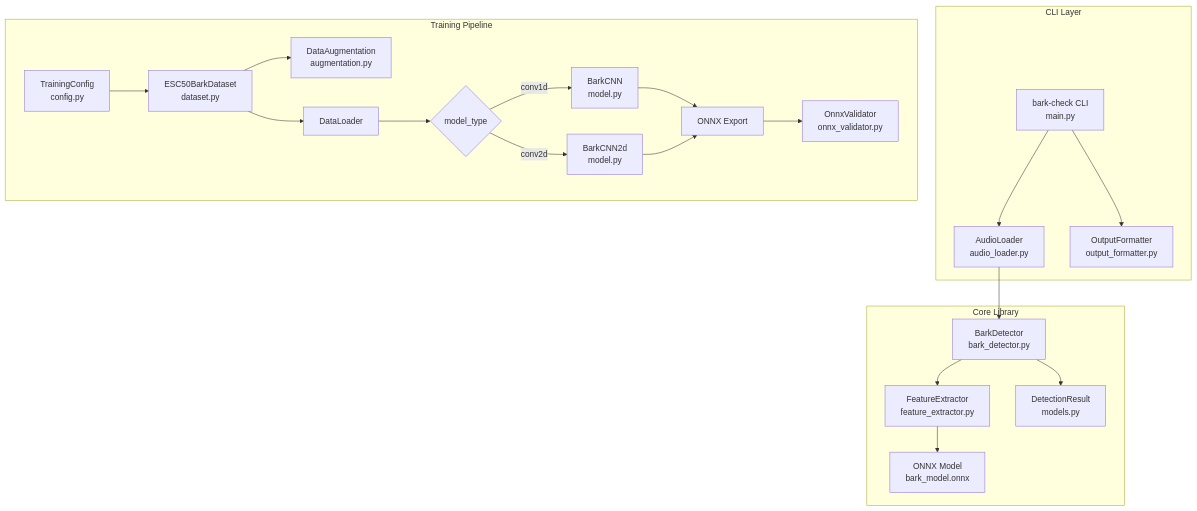
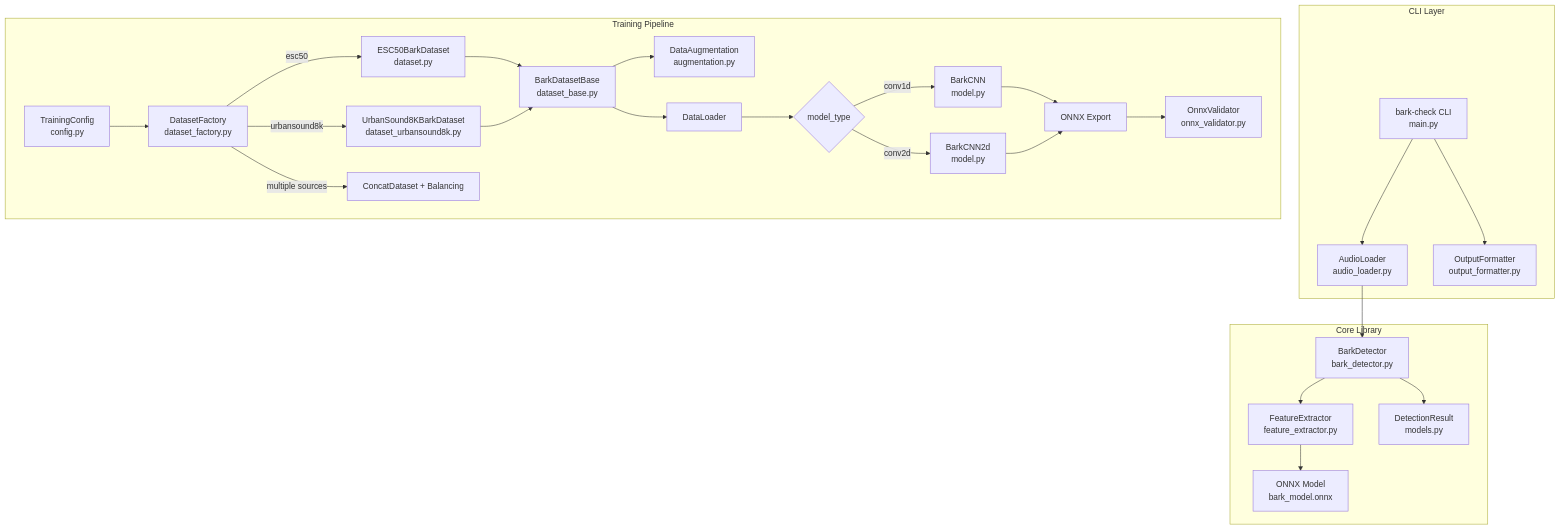
The first of 3 diagrams in .kiro/specs/bark-check/design.md (kazusanto/bark-check), drawn with Mermaid before and after one commit. The commit also changed other lines of this file and 7 other files, not shown here.

````diff
--- a/.kiro/specs/bark-check/design.md
+++ b/.kiro/specs/bark-check/design.md
@@ -26,26 +29,31 @@
 ```mermaid
 graph TD
     subgraph CLI Layer
         A[bark-check CLI<br/>main.py] --> B[AudioLoader<br/>audio_loader.py]
         A --> C[OutputFormatter<br/>output_formatter.py]
     end
 
     subgraph Core Library
         B --> D[BarkDetector<br/>bark_detector.py]
         D --> E[FeatureExtractor<br/>feature_extractor.py]
         E --> F[ONNX Model<br/>bark_model.onnx]
         D --> G[DetectionResult<br/>models.py]
     end
 
     subgraph Training Pipeline
-        H[TrainingConfig<br/>config.py] --> I[ESC50BarkDataset<br/>dataset.py]
-        I --> J[DataAugmentation<br/>augmentation.py]
-        I --> K[DataLoader]
+        H[TrainingConfig<br/>config.py] --> Factory[DatasetFactory<br/>dataset_factory.py]
+        Factory -->|"esc50"| I[ESC50BarkDataset<br/>dataset.py]
+        Factory -->|"urbansound8k"| US8K[UrbanSound8KBarkDataset<br/>dataset_urbansound8k.py]
+        I --> Base[BarkDatasetBase<br/>dataset_base.py]
+        US8K --> Base
+        Base --> J[DataAugmentation<br/>augmentation.py]
+        Factory -->|multiple sources| Concat[ConcatDataset + Balancing]
+        Base --> K[DataLoader]
         K --> L{model_type}
         L -->|conv1d| M[BarkCNN<br/>model.py]
         L -->|conv2d| N[BarkCNN2d<br/>model.py]
         M --> O[ONNX Export]
         N --> O
         O --> P[OnnxValidator<br/>onnx_validator.py]
     end
 ```
````
